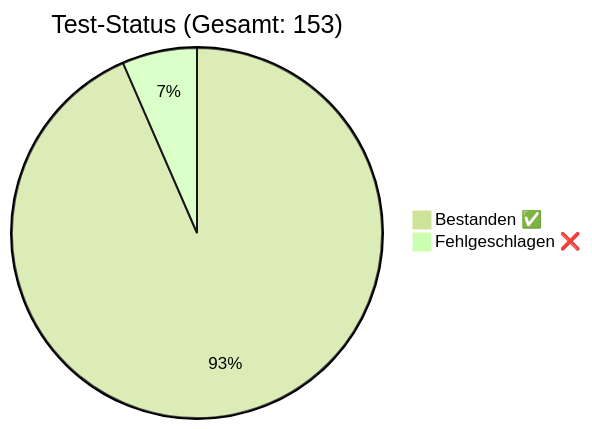
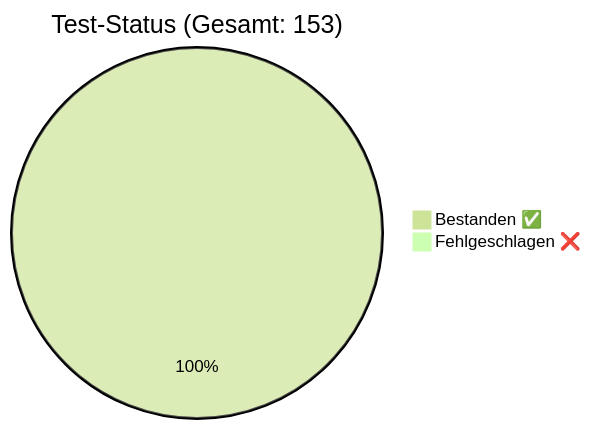
Before and after one commit to rorila/GCS: the diagram in docs/QA_Report.md, drawn with Mermaid (forest theme). The commit also changed other lines of this file and 13 other files, not shown here.

````diff
--- a/docs/QA_Report.md
+++ b/docs/QA_Report.md
@@ -7,5 +7,5 @@
 ```mermaid
 pie title Test-Status (Gesamt: 153)
-    "Bestanden ✅" : 143
-    "Fehlgeschlagen ❌" : 10
+    "Bestanden ✅" : 153
+    "Fehlgeschlagen ❌" : 0
 ```
````
